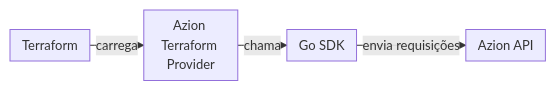
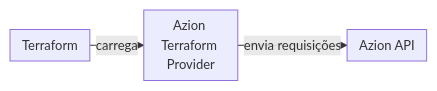
The diagram in apps/docs/src/content/docs/pt-br/pages/devtools/terraform/how-it-works.mdx (aziontech/docs), drawn with Mermaid before and after one commit. The commit also changed other lines of this file and 31 other files, not shown here.

````diff
--- a/apps/docs/src/content/docs/pt-br/pages/devtools/terraform/how-it-works.mdx
+++ b/apps/docs/src/content/docs/pt-br/pages/devtools/terraform/how-it-works.mdx
@@ -26,7 +26,6 @@
 ```mermaid
 %%{init: {"layout": "dagre", "themeVariables": {"fontSize": "13px"}, "flowchart": {"nodeSpacing": 12, "rankSpacing": 12, "padding": 6, "wrappingWidth": 70, "minNodeWidth": 40, "useMaxWidth": true}}}%%
 flowchart LR
   Tf["Terraform"] -->|"carrega"| Prov["Azion Terraform Provider"]
-  Prov -->|"chama"| Sdk["Go SDK"]
-  Sdk -->|"envia requisições"| Api["Azion API"]
+  Prov -->|"envia requisições"| Api["Azion API"]
 ```
````
